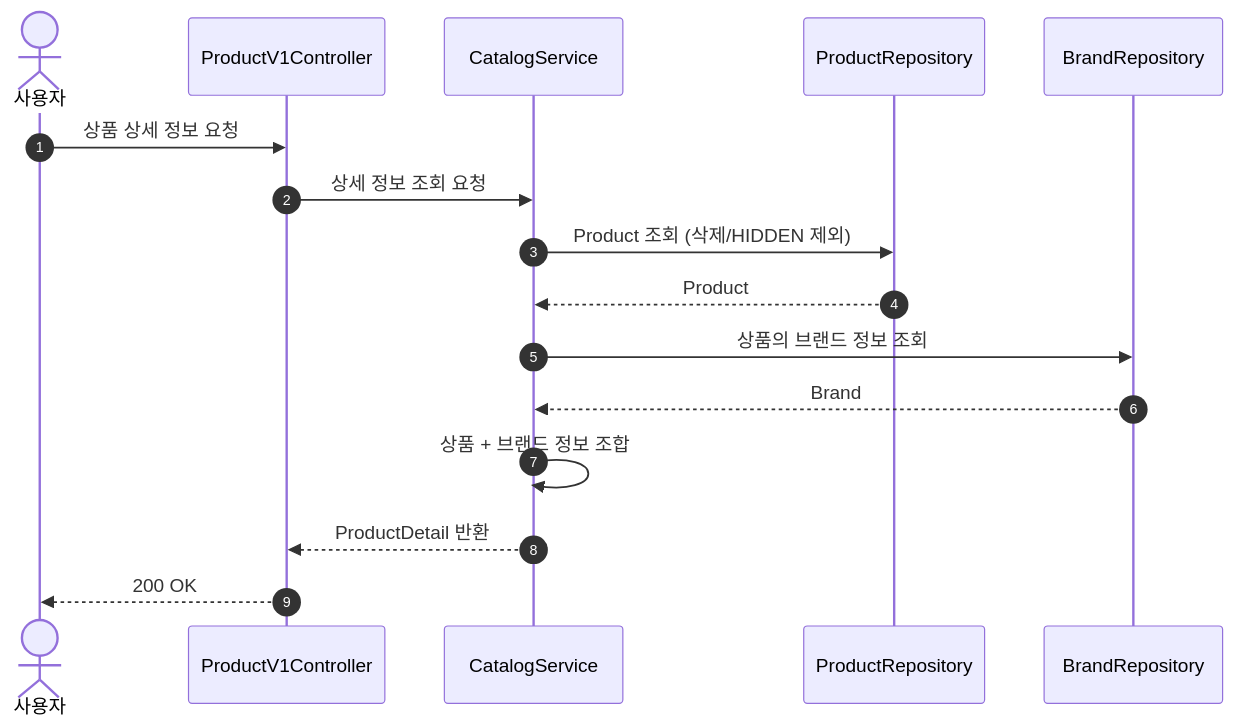
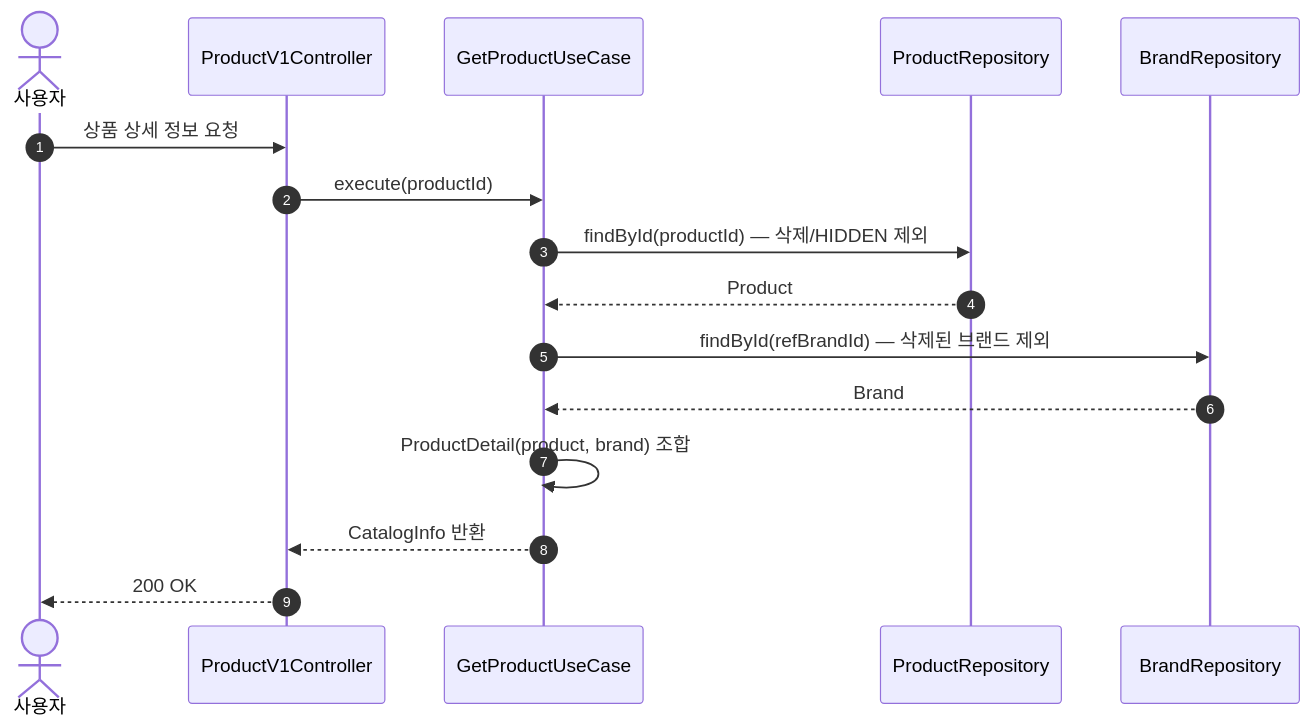
Before and after one commit to Loopers-dev-lab/loop-pack-be-l2-vol3-kotlin: the third of 26 diagrams in docs/design/02-sequence-diagrams.md, drawn with Mermaid. The commit also changed other lines of this file and 6 other files, not shown here.

First line of the commit message:
docs: 설계 문서 최신화 — Facade/Service → UseCase 패턴 반영

````diff
--- a/docs/design/02-sequence-diagrams.md
+++ b/docs/design/02-sequence-diagrams.md
@@ -77,18 +74,18 @@
 ```mermaid
 sequenceDiagram
     autonumber
     actor User as 사용자
     participant C as ProductV1Controller
-    participant S as CatalogService
+    participant UC as GetProductUseCase
     participant PR as ProductRepository
     participant BR as BrandRepository
     User ->> C: 상품 상세 정보 요청
-    C ->> S: 상세 정보 조회 요청
-    S ->> PR: Product 조회 (삭제/HIDDEN 제외)
-    PR -->> S: Product
-    S ->> BR: 상품의 브랜드 정보 조회
-    BR -->> S: Brand
-    S ->> S: 상품 + 브랜드 정보 조합
-    S -->> C: ProductDetail 반환
+    C ->> UC: execute(productId)
+    UC ->> PR: findById(productId) — 삭제/HIDDEN 제외
+    PR -->> UC: Product
+    UC ->> BR: findById(refBrandId) — 삭제된 브랜드 제외
+    BR -->> UC: Brand
+    UC ->> UC: ProductDetail(product, brand) 조합
+    UC -->> C: CatalogInfo 반환
     C -->> User: 200 OK
 ```
````
